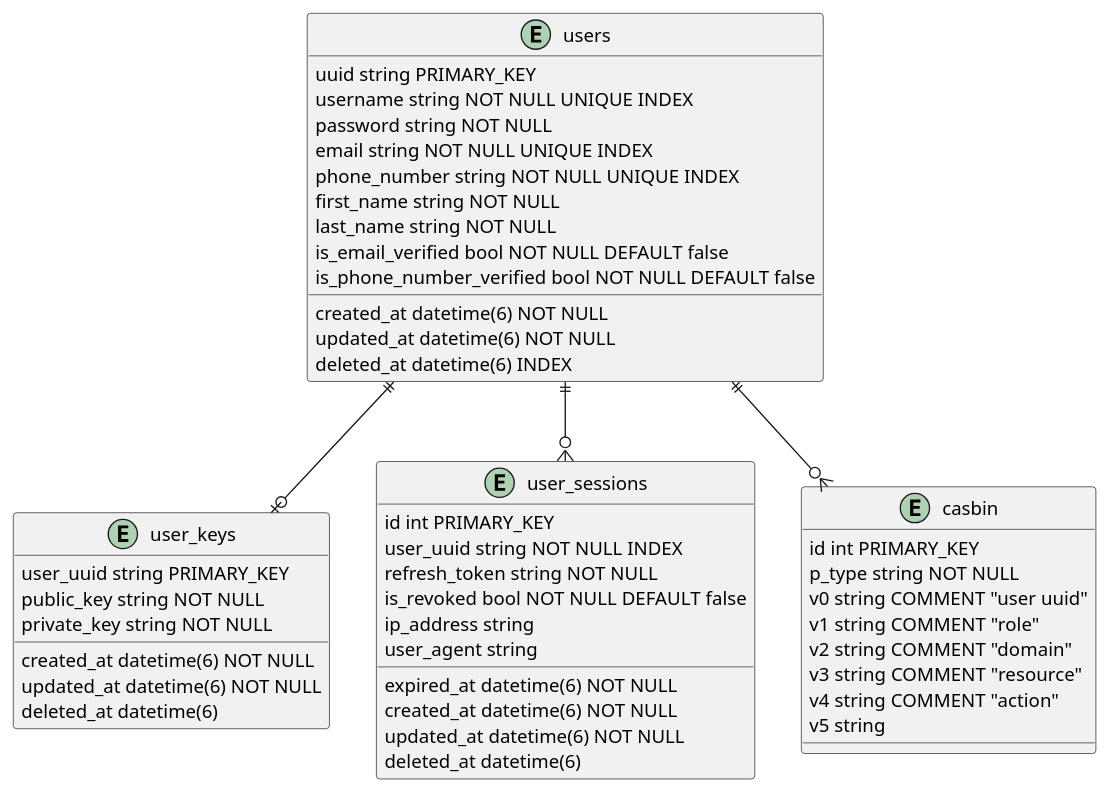
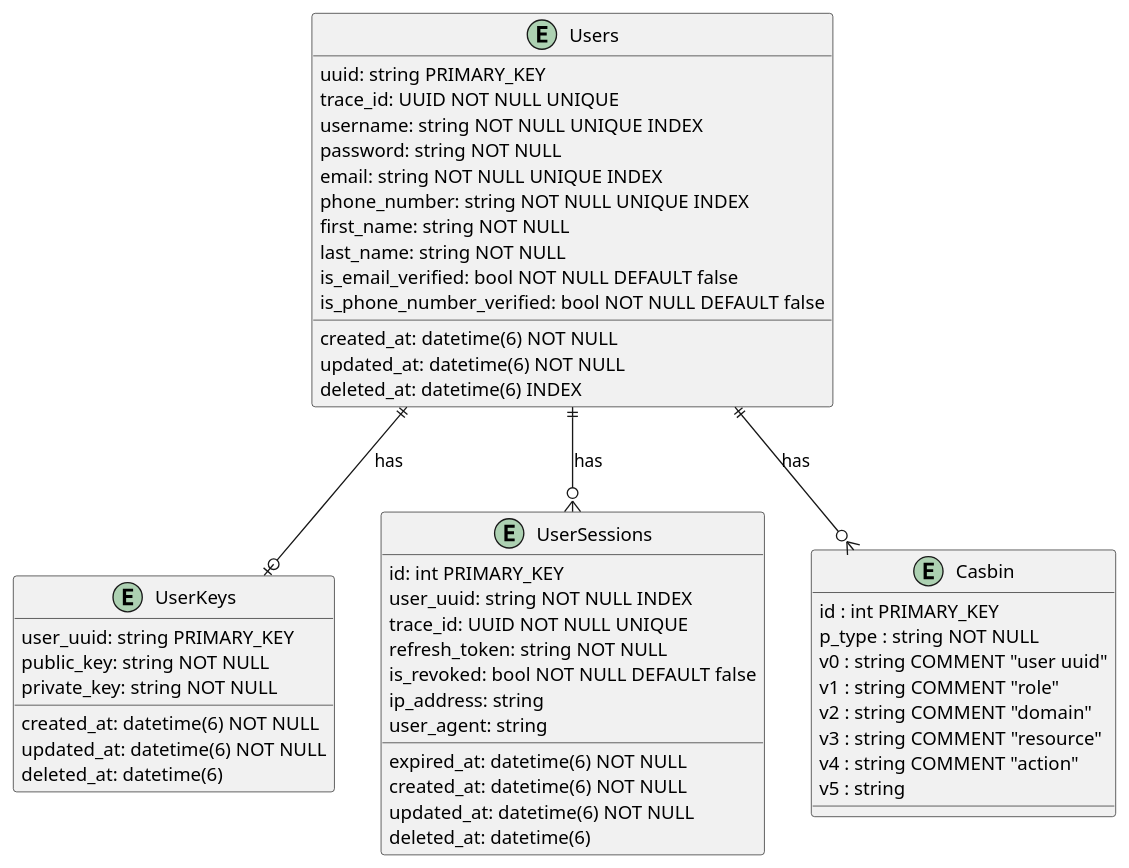
The diagram in docs/design/erd/user-service-erd.puml (harmonify/movie-reservation-system), drawn with PlantUML before and after one commit. The commit also changed 5 other files, not shown here.

Commit message:
docs: finish system ERD

```diff
--- a/docs/design/erd/user-service-erd.puml
+++ b/docs/design/erd/user-service-erd.puml
@@ -1,55 +1,57 @@
 @startuml user-service-erd
 
-entity users {
-    uuid string PRIMARY_KEY
-    username string NOT NULL UNIQUE INDEX
-    password string NOT NULL
-    email string NOT NULL UNIQUE INDEX
-    phone_number string NOT NULL UNIQUE INDEX
-    first_name string NOT NULL
-    last_name string NOT NULL
-    is_email_verified bool NOT NULL DEFAULT false
-    is_phone_number_verified bool NOT NULL DEFAULT false
-    created_at datetime(6) NOT NULL
-    updated_at datetime(6) NOT NULL
-    deleted_at datetime(6) INDEX
+entity Users {
+    uuid: string PRIMARY_KEY
+    trace_id: UUID NOT NULL UNIQUE
+    username: string NOT NULL UNIQUE INDEX
+    password: string NOT NULL
+    email: string NOT NULL UNIQUE INDEX
+    phone_number: string NOT NULL UNIQUE INDEX
+    first_name: string NOT NULL
+    last_name: string NOT NULL
+    is_email_verified: bool NOT NULL DEFAULT false
+    is_phone_number_verified: bool NOT NULL DEFAULT false
+    created_at: datetime(6) NOT NULL
+    updated_at: datetime(6) NOT NULL
+    deleted_at: datetime(6) INDEX
 }
 
-entity user_keys {
-    user_uuid string PRIMARY_KEY
-    public_key string NOT NULL
-    private_key string NOT NULL
-    created_at datetime(6) NOT NULL
-    updated_at datetime(6) NOT NULL
-    deleted_at datetime(6)
+entity UserKeys {
+    user_uuid: string PRIMARY_KEY
+    public_key: string NOT NULL
+    private_key: string NOT NULL
+    created_at: datetime(6) NOT NULL
+    updated_at: datetime(6) NOT NULL
+    deleted_at: datetime(6)
 }
 
-entity user_sessions {
-    id int PRIMARY_KEY
-    user_uuid string NOT NULL INDEX
-    refresh_token string NOT NULL
-    is_revoked bool NOT NULL DEFAULT false
-    expired_at datetime(6) NOT NULL
-    ip_address string
-    user_agent string
-    created_at datetime(6) NOT NULL
-    updated_at datetime(6) NOT NULL
-    deleted_at datetime(6)
+entity UserSessions {
+    id: int PRIMARY_KEY
+    user_uuid: string NOT NULL INDEX
+    trace_id: UUID NOT NULL UNIQUE
+    refresh_token: string NOT NULL
+    is_revoked: bool NOT NULL DEFAULT false
+    expired_at: datetime(6) NOT NULL
+    ip_address: string
+    user_agent: string
+    created_at: datetime(6) NOT NULL
+    updated_at: datetime(6) NOT NULL
+    deleted_at: datetime(6)
 }
 
-entity casbin {
-    id int PRIMARY_KEY
-    p_type string NOT NULL
-    v0 string COMMENT "user uuid"
-    v1 string COMMENT "role"
-    v2 string COMMENT "domain"
-    v3 string COMMENT "resource"
-    v4 string COMMENT "action"
-    v5 string
+entity Casbin {
+    id : int PRIMARY_KEY
+    p_type : string NOT NULL
+    v0 : string COMMENT "user uuid"
+    v1 : string COMMENT "role"
+    v2 : string COMMENT "domain"
+    v3 : string COMMENT "resource"
+    v4 : string COMMENT "action"
+    v5 : string
 }
 
-users ||--o| user_keys
-users ||--o{ user_sessions
-users ||--o{ casbin
+Users ||--o| UserKeys : "has"
+Users ||--o{UserSessions : "has"
+Users ||--o{Casbin : "has"
 
 @enduml
```
